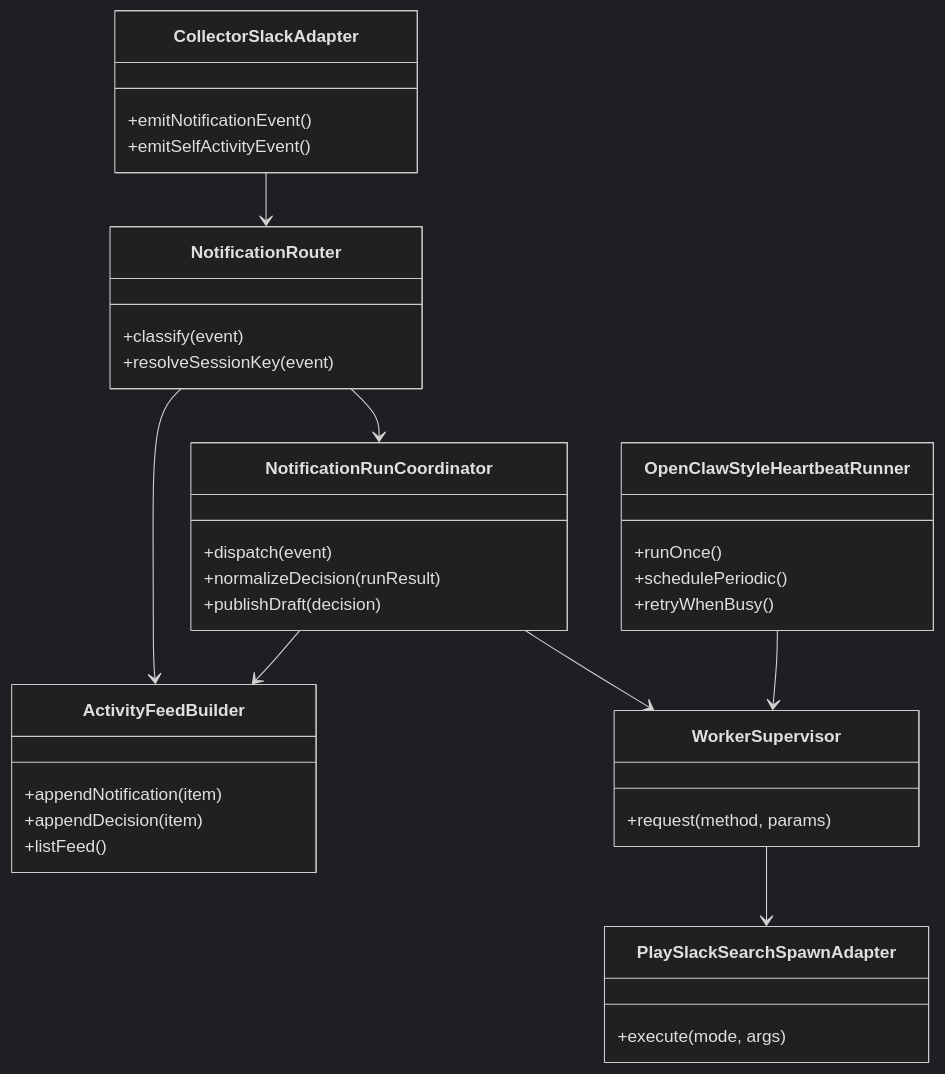
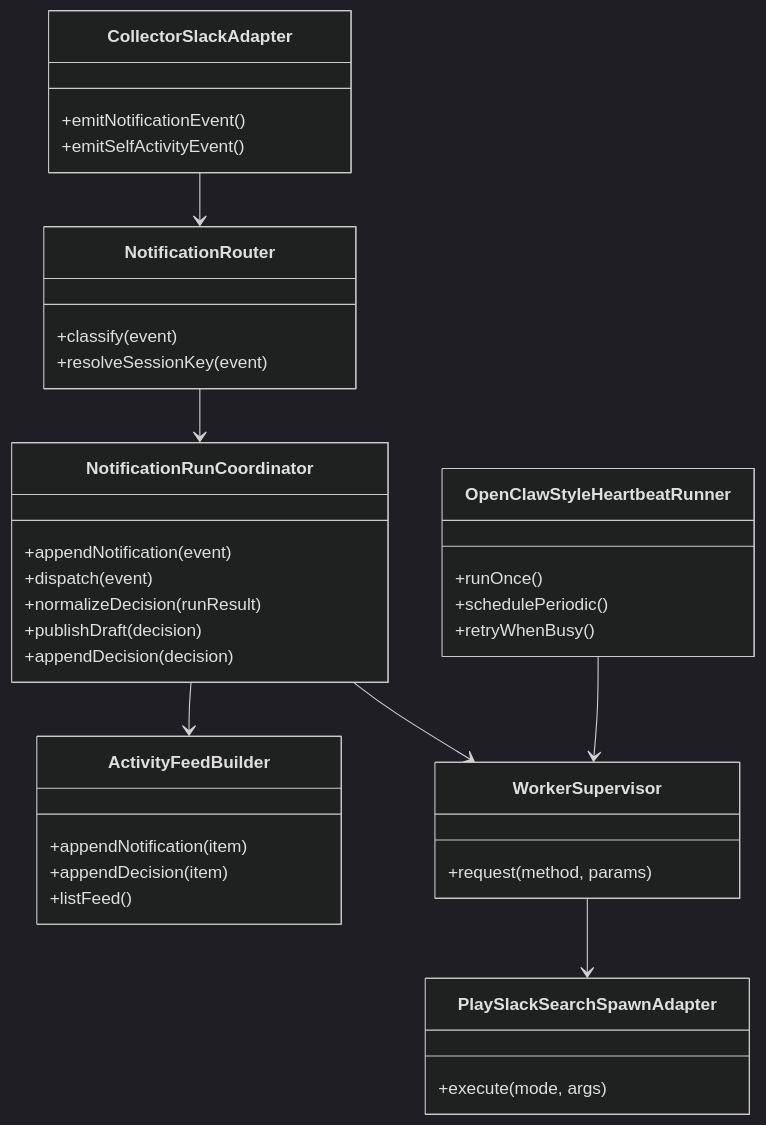
One commit to masahide/adjutant changed the first of 2 diagrams in doc/plan/260310-s01-slack-notification-driven-flow.md. Above: the diagram before and after it, drawn with Mermaid (dark theme). The commit also changed other lines of this file and 1 other file, not shown here.

````diff
--- a/doc/plan/260310-s01-slack-notification-driven-flow.md
+++ b/doc/plan/260310-s01-slack-notification-driven-flow.md
@@ -334,46 +355,47 @@
 ```mermaid
 classDiagram
   class CollectorSlackAdapter {
     +emitNotificationEvent()
     +emitSelfActivityEvent()
   }
 
   class NotificationRouter {
     +classify(event)
     +resolveSessionKey(event)
   }
 
   class NotificationRunCoordinator {
+    +appendNotification(event)
     +dispatch(event)
     +normalizeDecision(runResult)
     +publishDraft(decision)
+    +appendDecision(decision)
   }
 
   class OpenClawStyleHeartbeatRunner {
     +runOnce()
     +schedulePeriodic()
     +retryWhenBusy()
   }
 
   class ActivityFeedBuilder {
     +appendNotification(item)
     +appendDecision(item)
     +listFeed()
   }
 
   class WorkerSupervisor {
     +request(method, params)
   }
 
   class PlaySlackSearchSpawnAdapter {
     +execute(mode, args)
   }
 
   CollectorSlackAdapter --> NotificationRouter
   NotificationRouter --> NotificationRunCoordinator
-  NotificationRouter --> ActivityFeedBuilder
   NotificationRunCoordinator --> WorkerSupervisor
   NotificationRunCoordinator --> ActivityFeedBuilder
   WorkerSupervisor --> PlaySlackSearchSpawnAdapter
   OpenClawStyleHeartbeatRunner --> WorkerSupervisor
 ```
````
